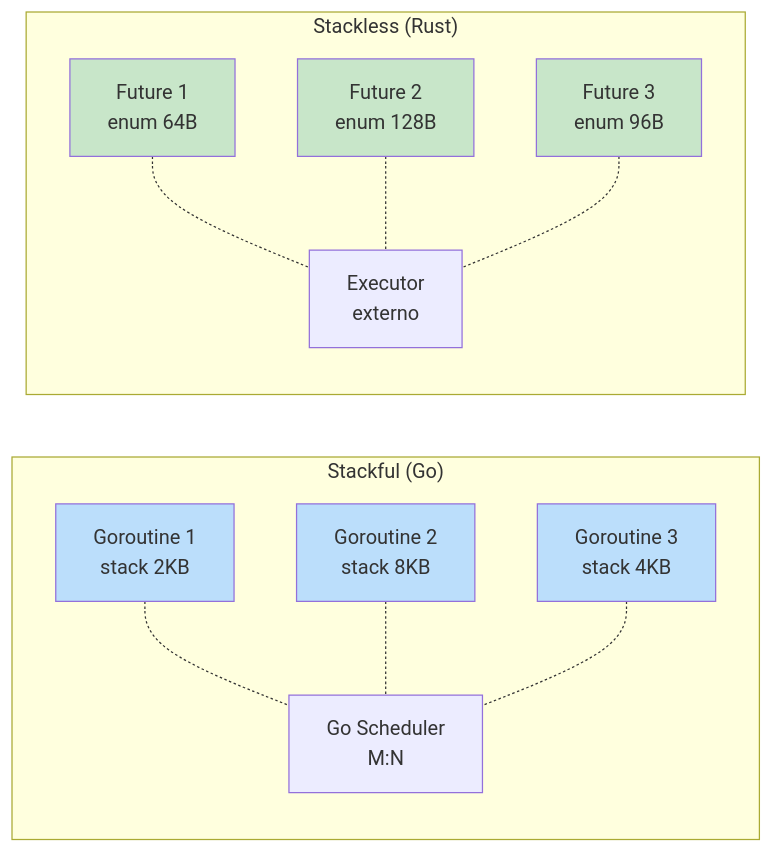
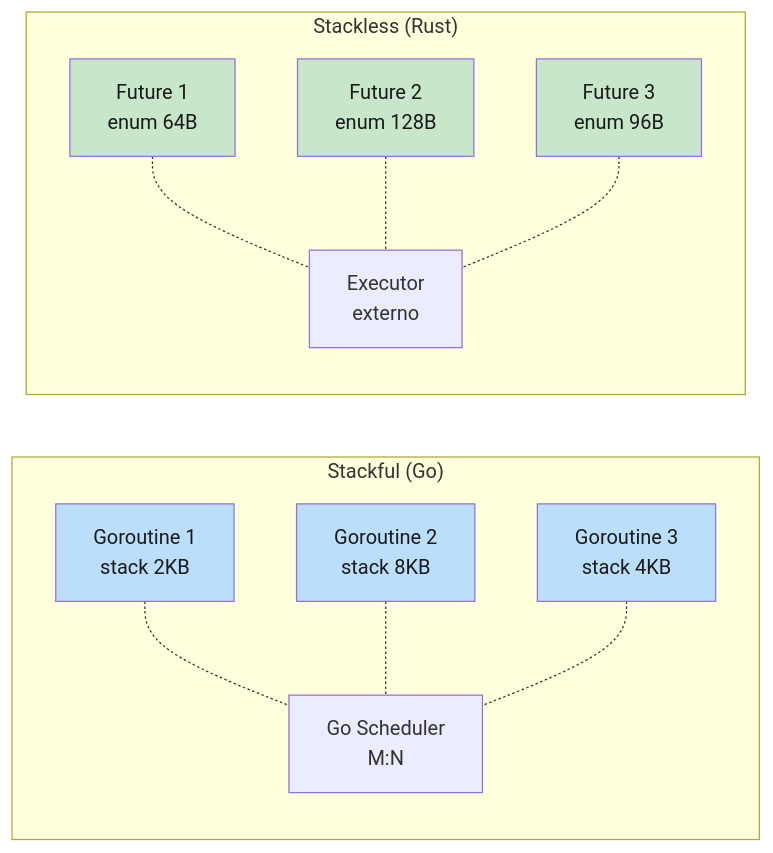
One commit to Felipeness/ferro-e-espirito changed the second of 2 diagrams in book/part-12-async/ch33-futures.md. Above: the diagram before and after it, drawn with Mermaid. The commit also changed other lines of this file and 56 other files, not shown here.

First line of the commit message:
fix: contraste de texto em diagramas mermaid

````diff
--- a/book/part-12-async/ch33-futures.md
+++ b/book/part-12-async/ch33-futures.md
@@ -174,29 +174,29 @@
 ```mermaid
 graph LR
     subgraph "Stackful (Go)"
         G1[Goroutine 1<br/>stack 2KB]
         G2[Goroutine 2<br/>stack 8KB]
         G3[Goroutine 3<br/>stack 4KB]
         Sched[Go Scheduler<br/>M:N]
         G1 -.- Sched
         G2 -.- Sched
         G3 -.- Sched
     end
 
     subgraph "Stackless (Rust)"
         F1[Future 1<br/>enum 64B]
         F2[Future 2<br/>enum 128B]
         F3[Future 3<br/>enum 96B]
         Exec[Executor<br/>externo]
         F1 -.- Exec
         F2 -.- Exec
         F3 -.- Exec
     end
 
-    style G1 fill:#bbdefb
-    style G2 fill:#bbdefb
-    style G3 fill:#bbdefb
-    style F1 fill:#c8e6c9
-    style F2 fill:#c8e6c9
-    style F3 fill:#c8e6c9
+    style G1 fill:#bbdefb,color:#1a1a1a
+    style G2 fill:#bbdefb,color:#1a1a1a
+    style G3 fill:#bbdefb,color:#1a1a1a
+    style F1 fill:#c8e6c9,color:#1a1a1a
+    style F2 fill:#c8e6c9,color:#1a1a1a
+    style F3 fill:#c8e6c9,color:#1a1a1a
 ```
````
